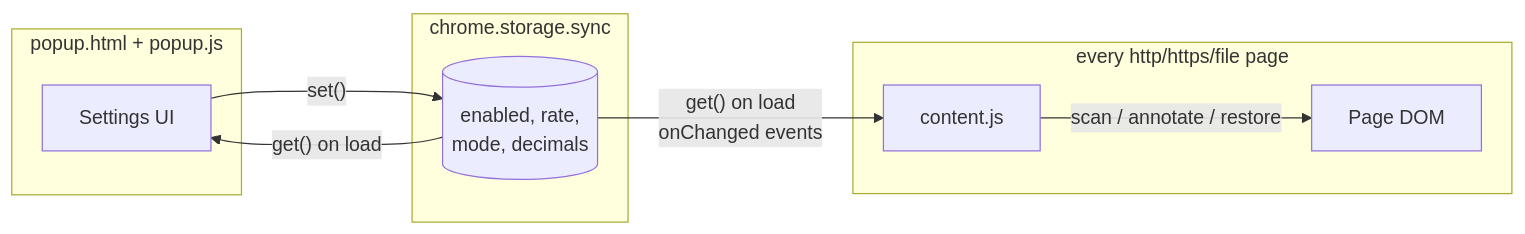
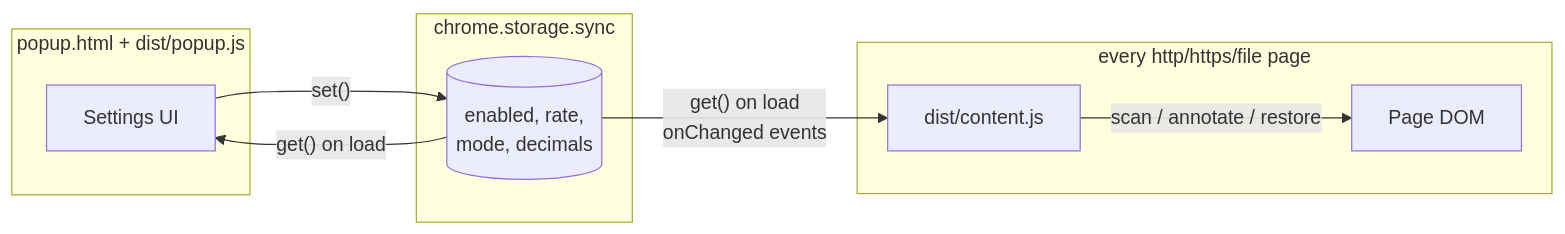
The first of 2 diagrams in docs/ARCHITECTURE.md (zenoWZH/pricing_plugin), drawn with Mermaid before and after one commit. The commit also changed other lines of this file, not shown here.

First line of the commit message:
Deepen TypeScript architecture doc

````diff
--- a/docs/ARCHITECTURE.md
+++ b/docs/ARCHITECTURE.md
@@ -16,17 +29,17 @@
 ```mermaid
 flowchart LR
-    subgraph popup["popup.html + popup.js"]
+    subgraph popup["popup.html + dist/popup.js"]
         UI[Settings UI]
     end
     subgraph storage["chrome.storage.sync"]
         S[(enabled, rate,\nmode, decimals)]
     end
     subgraph page["every http/https/file page"]
-        CS[content.js]
+        CS[dist/content.js]
         DOM[Page DOM]
     end
     UI -- "set()" --> S
     S -- "get() on load" --> UI
     S -- "get() on load\nonChanged events" --> CS
     CS -- "scan / annotate / restore" --> DOM
 ```
````
